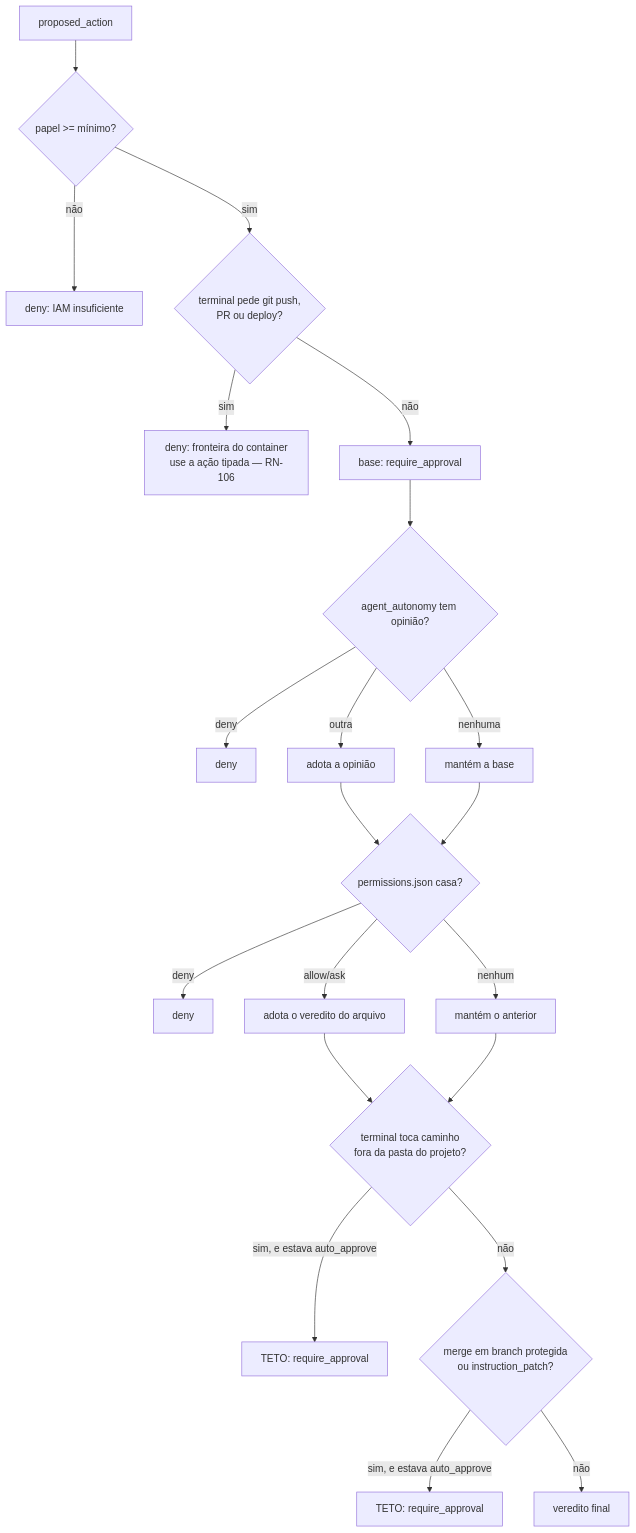
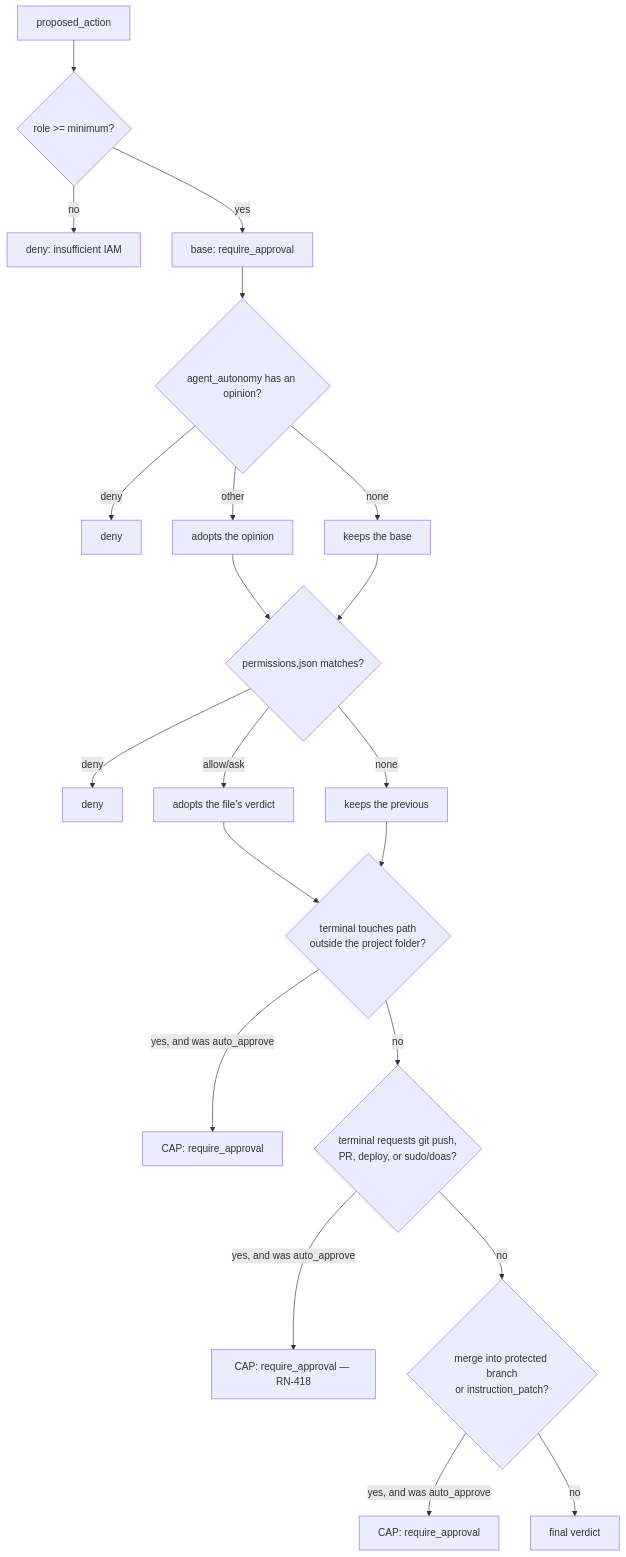
The diagram in docs/reference/permissions.md (daneiel/brabo), drawn with Mermaid before and after one commit. The commit also changed other lines of this file and 1738 other files, not shown here.

````diff
--- a/docs/reference/permissions.md
+++ b/docs/reference/permissions.md
@@ -201,23 +228,23 @@
 ```mermaid
 flowchart TD
-  A[proposed_action] --> B{papel >= mínimo?}
-  B -->|não| D1[deny: IAM insuficiente]
-  B -->|sim| Z{terminal pede git push,<br/>PR ou deploy?}
-  Z -->|sim| D4[deny: fronteira do container<br/>use a ação tipada — RN-106]
-  Z -->|não| C[base: require_approval]
-  C --> D{agent_autonomy tem opinião?}
+  A[proposed_action] --> B{role >= minimum?}
+  B -->|no| D1[deny: insufficient IAM]
+  B -->|yes| C[base: require_approval]
+  C --> D{agent_autonomy has an opinion?}
   D -->|deny| D2[deny]
-  D -->|outra| E[adota a opinião]
-  D -->|nenhuma| E2[mantém a base]
-  E --> F{permissions.json casa?}
+  D -->|other| E[adopts the opinion]
+  D -->|none| E2[keeps the base]
+  E --> F{permissions.json matches?}
   E2 --> F
   F -->|deny| D3[deny]
-  F -->|allow/ask| G[adota o veredito do arquivo]
-  F -->|nenhum| G2[mantém o anterior]
-  G --> S{terminal toca caminho<br/>fora da pasta do projeto?}
+  F -->|allow/ask| G[adopts the file's verdict]
+  F -->|none| G2[keeps the previous]
+  G --> S{terminal touches path<br/>outside the project folder?}
   G2 --> S
-  S -->|sim, e estava auto_approve| I2[TETO: require_approval]
-  S -->|não| H{merge em branch protegida<br/>ou instruction_patch?}
-  H -->|sim, e estava auto_approve| I[TETO: require_approval]
-  H -->|não| J[veredito final]
+  S -->|yes, and was auto_approve| I2[CAP: require_approval]
+  S -->|no| Z{terminal requests git push,<br/>PR, deploy, or sudo/doas?}
+  Z -->|yes, and was auto_approve| I3[CAP: require_approval — RN-418]
+  Z -->|no| H{merge into protected branch<br/>or instruction_patch?}
+  H -->|yes, and was auto_approve| I[CAP: require_approval]
+  H -->|no| J[final verdict]
 ```
````
